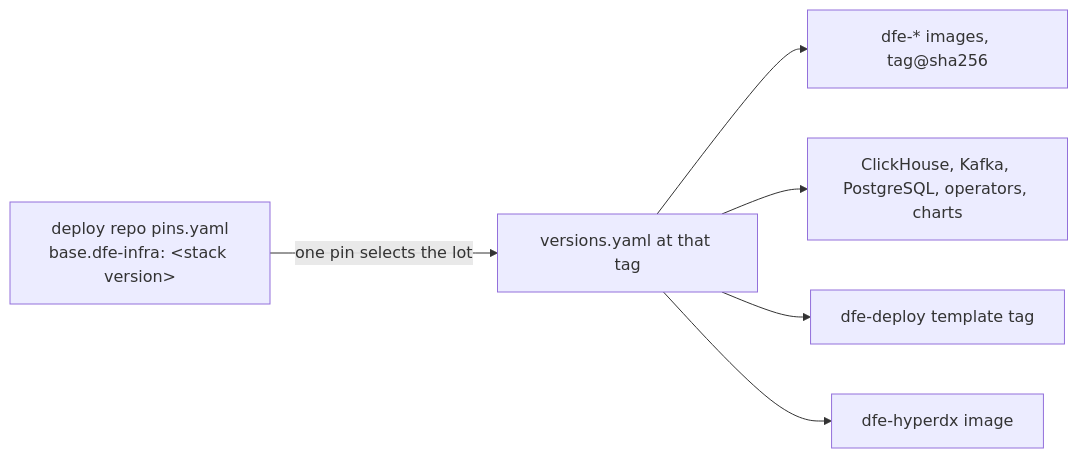
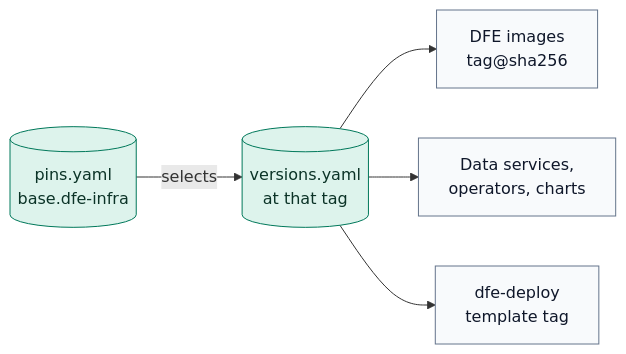
One commit to hyperi-io/dfe-infra changed the diagram in docs/deployment/stack-versioning.md. Above: the diagram before and after it, drawn with Mermaid. The commit also changed other lines of this file and 63 other files, not shown here.

````diff
--- a/docs/deployment/stack-versioning.md
+++ b/docs/deployment/stack-versioning.md
@@ -11,8 +11,20 @@
 ```mermaid
 flowchart LR
-    PINS["deploy repo pins.yaml<br/>base.dfe-infra: #lt;stack version#gt;"] -->|"one pin selects the lot"| MANIFEST["versions.yaml at that tag"]
-    MANIFEST --> APPS["dfe-* images, tag@sha256"]
-    MANIFEST --> DATA["ClickHouse, Kafka, PostgreSQL, operators, charts"]
-    MANIFEST --> TPL["dfe-deploy template tag"]
-    MANIFEST --> HDX["dfe-hyperdx image"]
+    accTitle: L4 Detail -- One pin selects the stack
+    accDescr: The deploy repo's pins.yaml names one dfe-infra tag. versions.yaml at that tag pins the DFE images by tag and digest, the data services, operators and charts, and the dfe-deploy template tag.
+
+    pins[("pins.yaml<br/>base.dfe-infra")]
+    manifest[("versions.yaml<br/>at that tag")]
+    images["DFE images<br/>tag@sha256"]
+    services["Data services,<br/>operators, charts"]
+    template["dfe-deploy<br/>template tag"]
+
+    pins -->|selects| manifest
+    manifest --> images
+    manifest --> services
+    manifest --> template
+
+    classDef default fill:#F8FAFC,stroke:#64748B,stroke-width:1px,color:#0F172A
+    classDef store fill:#DDF3EC,stroke:#00785A,stroke-width:1px,color:#0B3327
+    class pins,manifest store
 ```
````
